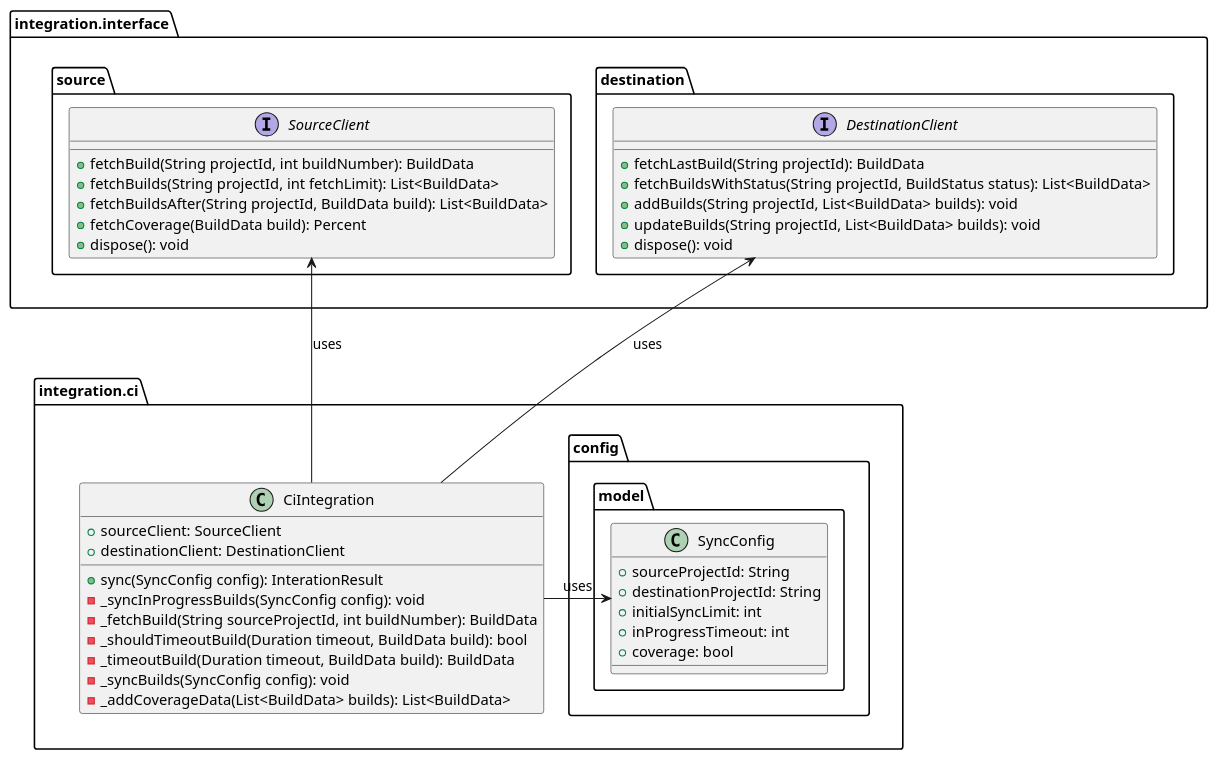
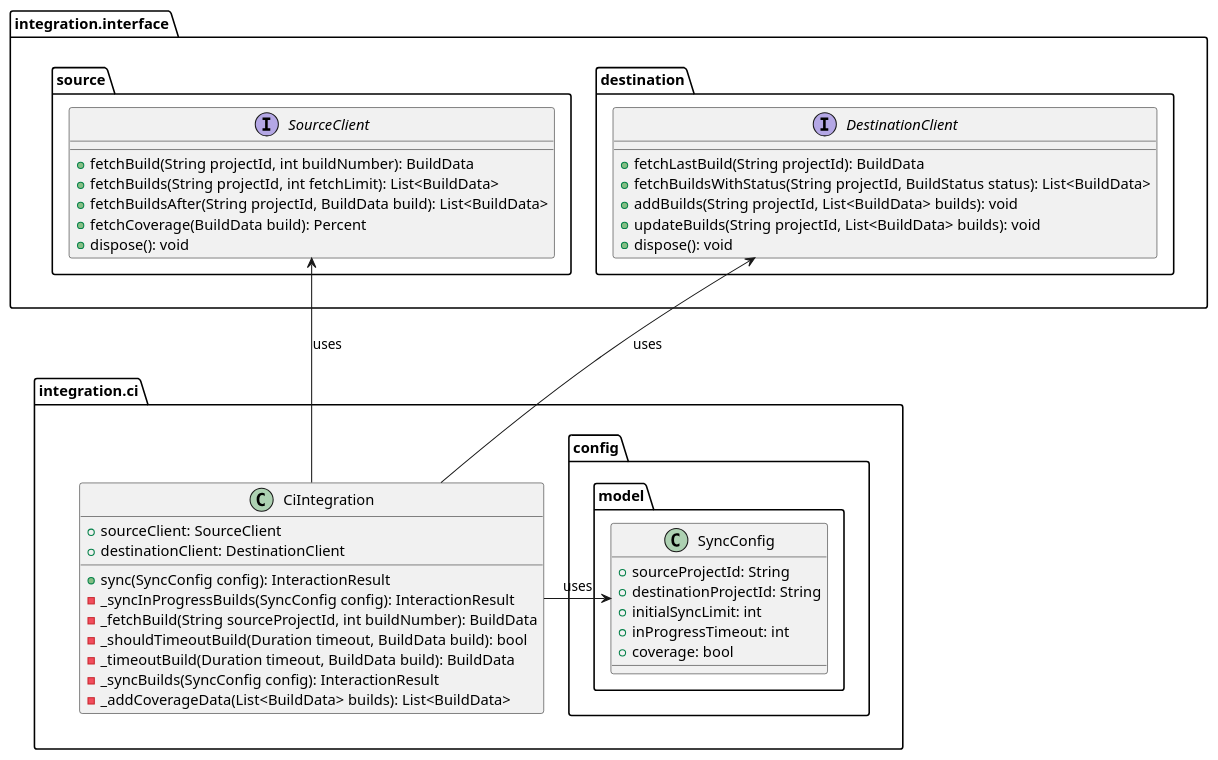
The diagram in metrics/ci_integrations/docs/diagrams/sync_algorithm_class_diagram.puml (Flank/flank-dashboard), drawn with PlantUML before and after one commit. The commit also changed 2 other files, not shown here.

Commit message:
minor diagram fixes

```diff
--- a/metrics/ci_integrations/docs/diagrams/sync_algorithm_class_diagram.puml
+++ b/metrics/ci_integrations/docs/diagrams/sync_algorithm_class_diagram.puml
@@ -1,57 +1,57 @@
 @startuml sync_algorithm_class_diagram
 'https://plantuml.com/class-diagram
 
 package integration.interface as Interface {
     package source {
         interface SourceClient {
             + fetchBuild(String projectId, int buildNumber): BuildData
             + fetchBuilds(String projectId, int fetchLimit): List<BuildData>
             + fetchBuildsAfter(String projectId, BuildData build): List<BuildData>
             + fetchCoverage(BuildData build): Percent
             + dispose(): void
         }
     }
 
     package destination {
         interface DestinationClient {
             + fetchLastBuild(String projectId): BuildData
             + fetchBuildsWithStatus(String projectId, BuildStatus status): List<BuildData>
             + addBuilds(String projectId, List<BuildData> builds): void
             + updateBuilds(String projectId, List<BuildData> builds): void
             + dispose(): void
         }
     }
 }
 
 package integration.ci as CI {
     package config.model {
         class SyncConfig {
             + sourceProjectId: String
             + destinationProjectId: String
             + initialSyncLimit: int
             + inProgressTimeout: int
             + coverage: bool
         }
     }
 
     class CiIntegration {
         + sourceClient: SourceClient
         + destinationClient: DestinationClient
-        + sync(SyncConfig config): InterationResult
-        - _syncInProgressBuilds(SyncConfig config): void
+        + sync(SyncConfig config): InteractionResult
+        - _syncInProgressBuilds(SyncConfig config): InteractionResult
         - _fetchBuild(String sourceProjectId, int buildNumber): BuildData
         - _shouldTimeoutBuild(Duration timeout, BuildData build): bool
         - _timeoutBuild(Duration timeout, BuildData build): BuildData
-        - _syncBuilds(SyncConfig config): void
+        - _syncBuilds(SyncConfig config): InteractionResult
         - _addCoverageData(List<BuildData> builds): List<BuildData>
     }
 
     CiIntegration -right-> SyncConfig: uses
 }
 
 Interface -[hidden]down-> CI
 
 CiIntegration -up-> SourceClient: uses
 CiIntegration -up-> DestinationClient: uses
 
 @enduml
```
